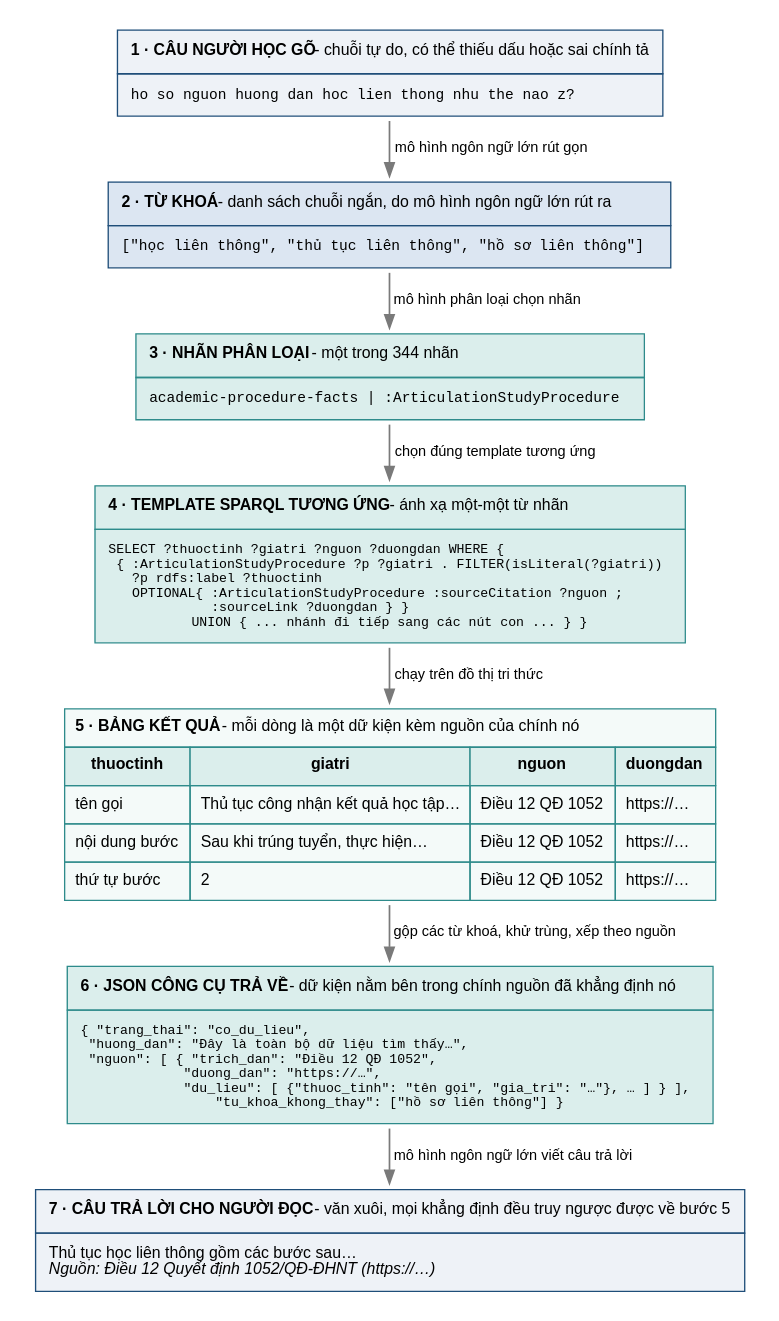
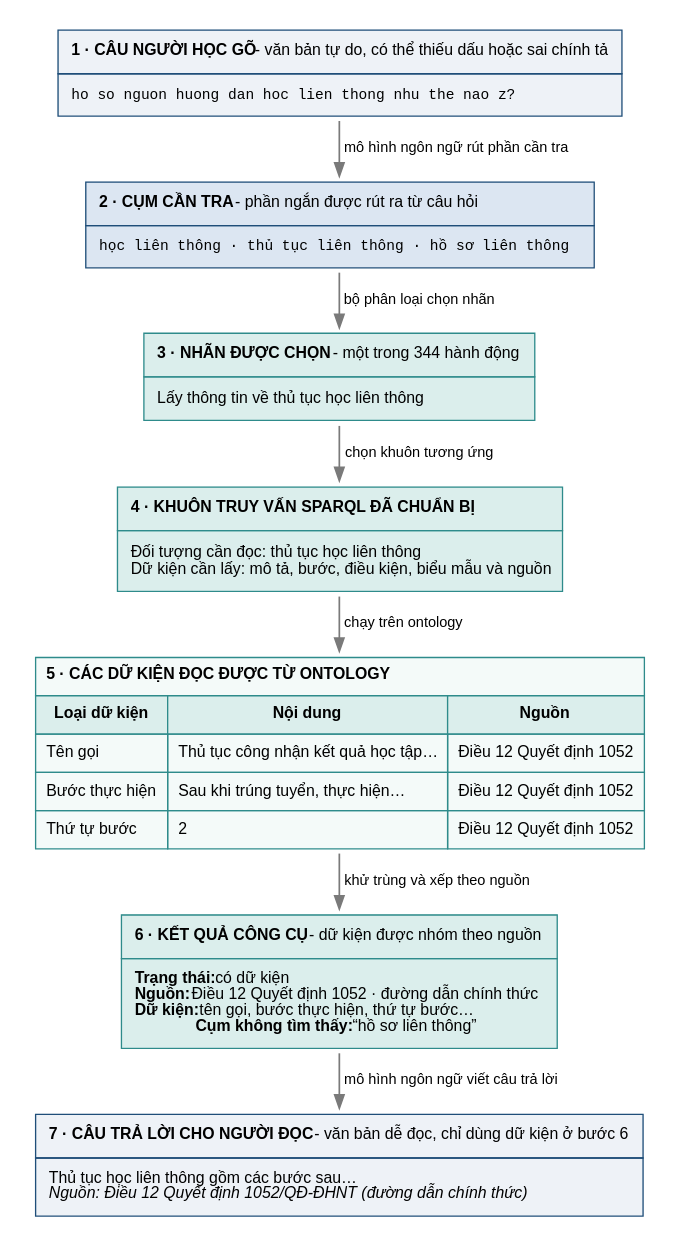
One commit to vpthinh19/ontology-chatbot changed the diagram in artifacts/figures/data-shape.dot. Above: the diagram before and after it, drawn with Graphviz. The commit also changed 15 other files, not shown here.

Commit message:
docs: simplify explanations and diagram terminology

```diff
--- a/artifacts/figures/data-shape.dot
+++ b/artifacts/figures/data-shape.dot
@@ -1,58 +1,58 @@
 digraph hinh_dang {
   pad=0.15;
   rankdir=TB; bgcolor="white"; nodesep=0.3; ranksep=0.42;
   node [shape=plaintext, fontname="Liberation Sans", fontsize=12];
   edge [fontname="Liberation Sans", fontsize=11, color="#7a7a7a", penwidth=1.3];
 
   b1 [label=<
     <TABLE BORDER="0" CELLBORDER="1" CELLSPACING="0" CELLPADDING="9" BGCOLOR="#eef2f7" COLOR="#1f4e79">
-      <TR><TD ALIGN="LEFT"><B>1 · CÂU NGƯỜI HỌC GÕ</B> - chuỗi tự do, có thể thiếu dấu hoặc sai chính tả</TD></TR>
+      <TR><TD ALIGN="LEFT"><B>1 · CÂU NGƯỜI HỌC GÕ</B> - văn bản tự do, có thể thiếu dấu hoặc sai chính tả</TD></TR>
       <TR><TD ALIGN="LEFT"><FONT FACE="Liberation Mono" POINT-SIZE="11">ho so nguon huong dan hoc lien thong nhu the nao z?</FONT></TD></TR>
     </TABLE>>];
 
   b2 [label=<
     <TABLE BORDER="0" CELLBORDER="1" CELLSPACING="0" CELLPADDING="9" BGCOLOR="#dce6f2" COLOR="#1f4e79">
-      <TR><TD ALIGN="LEFT"><B>2 · TỪ KHOÁ</B> - danh sách chuỗi ngắn, do mô hình ngôn ngữ lớn rút ra</TD></TR>
-      <TR><TD ALIGN="LEFT"><FONT FACE="Liberation Mono" POINT-SIZE="11">["học liên thông", "thủ tục liên thông", "hồ sơ liên thông"]</FONT></TD></TR>
+      <TR><TD ALIGN="LEFT"><B>2 · CỤM CẦN TRA</B> - phần ngắn được rút ra từ câu hỏi</TD></TR>
+      <TR><TD ALIGN="LEFT"><FONT FACE="Liberation Mono" POINT-SIZE="11">học liên thông · thủ tục liên thông · hồ sơ liên thông</FONT></TD></TR>
     </TABLE>>];
 
   b3 [label=<
     <TABLE BORDER="0" CELLBORDER="1" CELLSPACING="0" CELLPADDING="9" BGCOLOR="#dbeeec" COLOR="#2e8b8b">
-      <TR><TD ALIGN="LEFT"><B>3 · NHÃN PHÂN LOẠI</B> - một trong 344 nhãn</TD></TR>
-      <TR><TD ALIGN="LEFT"><FONT FACE="Liberation Mono" POINT-SIZE="11">academic-procedure-facts | :ArticulationStudyProcedure</FONT></TD></TR>
+      <TR><TD ALIGN="LEFT"><B>3 · NHÃN ĐƯỢC CHỌN</B> - một trong 344 hành động</TD></TR>
+      <TR><TD ALIGN="LEFT">Lấy thông tin về thủ tục học liên thông</TD></TR>
     </TABLE>>];
 
   b4 [label=<
     <TABLE BORDER="0" CELLBORDER="1" CELLSPACING="0" CELLPADDING="9" BGCOLOR="#dbeeec" COLOR="#2e8b8b">
-      <TR><TD ALIGN="LEFT"><B>4 · TEMPLATE SPARQL TƯƠNG ỨNG</B> - ánh xạ một-một từ nhãn</TD></TR>
-      <TR><TD ALIGN="LEFT"><FONT FACE="Liberation Mono" POINT-SIZE="10">SELECT ?thuoctinh ?giatri ?nguon ?duongdan WHERE {<BR ALIGN="LEFT"/>  { :ArticulationStudyProcedure ?p ?giatri . FILTER(isLiteral(?giatri))<BR ALIGN="LEFT"/>    ?p rdfs:label ?thuoctinh<BR ALIGN="LEFT"/>    OPTIONAL{ :ArticulationStudyProcedure :sourceCitation ?nguon ;<BR ALIGN="LEFT"/>              :sourceLink ?duongdan } }<BR ALIGN="LEFT"/>  UNION { ... nhánh đi tiếp sang các nút con ... } }</FONT></TD></TR>
+      <TR><TD ALIGN="LEFT"><B>4 · KHUÔN TRUY VẤN SPARQL ĐÃ CHUẨN BỊ</B></TD></TR>
+      <TR><TD ALIGN="LEFT">Đối tượng cần đọc: thủ tục học liên thông<BR ALIGN="LEFT"/>Dữ kiện cần lấy: mô tả, bước, điều kiện, biểu mẫu và nguồn</TD></TR>
     </TABLE>>];
 
   b5 [label=<
     <TABLE BORDER="0" CELLBORDER="1" CELLSPACING="0" CELLPADDING="7" BGCOLOR="#f4faf9" COLOR="#2e8b8b">
-      <TR><TD ALIGN="LEFT" COLSPAN="4"><B>5 · BẢNG KẾT QUẢ</B> - mỗi dòng là một dữ kiện kèm nguồn của chính nó</TD></TR>
-      <TR><TD BGCOLOR="#dbeeec"><B>thuoctinh</B></TD><TD BGCOLOR="#dbeeec"><B>giatri</B></TD><TD BGCOLOR="#dbeeec"><B>nguon</B></TD><TD BGCOLOR="#dbeeec"><B>duongdan</B></TD></TR>
-      <TR><TD ALIGN="LEFT">tên gọi</TD><TD ALIGN="LEFT">Thủ tục công nhận kết quả học tập…</TD><TD ALIGN="LEFT">Điều 12 QĐ 1052</TD><TD ALIGN="LEFT">https://…</TD></TR>
-      <TR><TD ALIGN="LEFT">nội dung bước</TD><TD ALIGN="LEFT">Sau khi trúng tuyển, thực hiện…</TD><TD ALIGN="LEFT">Điều 12 QĐ 1052</TD><TD ALIGN="LEFT">https://…</TD></TR>
-      <TR><TD ALIGN="LEFT">thứ tự bước</TD><TD ALIGN="LEFT">2</TD><TD ALIGN="LEFT">Điều 12 QĐ 1052</TD><TD ALIGN="LEFT">https://…</TD></TR>
+      <TR><TD ALIGN="LEFT" COLSPAN="3"><B>5 · CÁC DỮ KIỆN ĐỌC ĐƯỢC TỪ ONTOLOGY</B></TD></TR>
+      <TR><TD BGCOLOR="#dbeeec"><B>Loại dữ kiện</B></TD><TD BGCOLOR="#dbeeec"><B>Nội dung</B></TD><TD BGCOLOR="#dbeeec"><B>Nguồn</B></TD></TR>
+      <TR><TD ALIGN="LEFT">Tên gọi</TD><TD ALIGN="LEFT">Thủ tục công nhận kết quả học tập…</TD><TD ALIGN="LEFT">Điều 12 Quyết định 1052</TD></TR>
+      <TR><TD ALIGN="LEFT">Bước thực hiện</TD><TD ALIGN="LEFT">Sau khi trúng tuyển, thực hiện…</TD><TD ALIGN="LEFT">Điều 12 Quyết định 1052</TD></TR>
+      <TR><TD ALIGN="LEFT">Thứ tự bước</TD><TD ALIGN="LEFT">2</TD><TD ALIGN="LEFT">Điều 12 Quyết định 1052</TD></TR>
     </TABLE>>];
 
   b6 [label=<
     <TABLE BORDER="0" CELLBORDER="1" CELLSPACING="0" CELLPADDING="9" BGCOLOR="#dbeeec" COLOR="#2e8b8b">
-      <TR><TD ALIGN="LEFT"><B>6 · JSON CÔNG CỤ TRẢ VỀ</B> - dữ kiện nằm bên trong chính nguồn đã khẳng định nó</TD></TR>
-      <TR><TD ALIGN="LEFT"><FONT FACE="Liberation Mono" POINT-SIZE="10">{ "trang_thai": "co_du_lieu",<BR ALIGN="LEFT"/>  "huong_dan": "Đây là toàn bộ dữ liệu tìm thấy…",<BR ALIGN="LEFT"/>  "nguon": [ { "trich_dan": "Điều 12 QĐ 1052",<BR ALIGN="LEFT"/>              "duong_dan": "https://…",<BR ALIGN="LEFT"/>              "du_lieu": [ {"thuoc_tinh": "tên gọi", "gia_tri": "…"}, … ] } ],<BR ALIGN="LEFT"/>  "tu_khoa_khong_thay": ["hồ sơ liên thông"] }</FONT></TD></TR>
+      <TR><TD ALIGN="LEFT"><B>6 · KẾT QUẢ CÔNG CỤ</B> - dữ kiện được nhóm theo nguồn</TD></TR>
+      <TR><TD ALIGN="LEFT"><B>Trạng thái:</B> có dữ kiện<BR ALIGN="LEFT"/><B>Nguồn:</B> Điều 12 Quyết định 1052 · đường dẫn chính thức<BR ALIGN="LEFT"/><B>Dữ kiện:</B> tên gọi, bước thực hiện, thứ tự bước…<BR ALIGN="LEFT"/><B>Cụm không tìm thấy:</B> “hồ sơ liên thông”</TD></TR>
     </TABLE>>];
 
   b7 [label=<
     <TABLE BORDER="0" CELLBORDER="1" CELLSPACING="0" CELLPADDING="9" BGCOLOR="#eef2f7" COLOR="#1f4e79">
-      <TR><TD ALIGN="LEFT"><B>7 · CÂU TRẢ LỜI CHO NGƯỜI ĐỌC</B> - văn xuôi, mọi khẳng định đều truy ngược được về bước 5</TD></TR>
-      <TR><TD ALIGN="LEFT">Thủ tục học liên thông gồm các bước sau… <BR ALIGN="LEFT"/><I>Nguồn: Điều 12 Quyết định 1052/QĐ-ĐHNT (https://…)</I></TD></TR>
+      <TR><TD ALIGN="LEFT"><B>7 · CÂU TRẢ LỜI CHO NGƯỜI ĐỌC</B> - văn bản dễ đọc, chỉ dùng dữ kiện ở bước 6</TD></TR>
+      <TR><TD ALIGN="LEFT">Thủ tục học liên thông gồm các bước sau… <BR ALIGN="LEFT"/><I>Nguồn: Điều 12 Quyết định 1052/QĐ-ĐHNT (đường dẫn chính thức)</I></TD></TR>
     </TABLE>>];
 
-  b1 -> b2 [label="  mô hình ngôn ngữ lớn rút gọn  "];
-  b2 -> b3 [label="  mô hình phân loại chọn nhãn  "];
-  b3 -> b4 [label="  chọn đúng template tương ứng  "];
-  b4 -> b5 [label="  chạy trên đồ thị tri thức  "];
-  b5 -> b6 [label="  gộp các từ khoá, khử trùng, xếp theo nguồn  "];
-  b6 -> b7 [label="  mô hình ngôn ngữ lớn viết câu trả lời  "];
+  b1 -> b2 [label="  mô hình ngôn ngữ rút phần cần tra  "];
+  b2 -> b3 [label="  bộ phân loại chọn nhãn  "];
+  b3 -> b4 [label="  chọn khuôn tương ứng  "];
+  b4 -> b5 [label="  chạy trên ontology  "];
+  b5 -> b6 [label="  khử trùng và xếp theo nguồn  "];
+  b6 -> b7 [label="  mô hình ngôn ngữ viết câu trả lời  "];
 }
```
